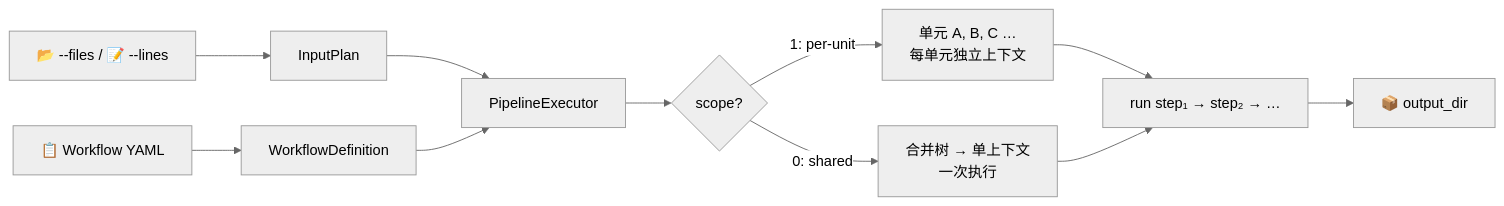
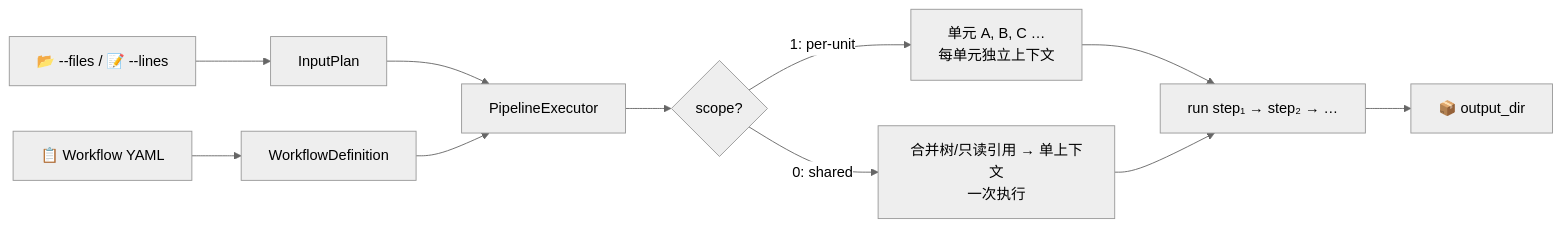
The first of 2 diagrams in README.md (yeraph-plus/aiya-shell-works), drawn with Mermaid (neutral theme) before and after one commit. The commit also changed other lines of this file and 39 other files, not shown here.

````diff
--- a/README.md
+++ b/README.md
@@ -5,13 +5,13 @@
 ```mermaid
 flowchart LR
     A["📂 --files / 📝 --lines"] --> B[InputPlan]
     C[📋 Workflow YAML] --> D[WorkflowDefinition]
     B --> E[PipelineExecutor]
     D --> E
     E --> F{scope?}
     F -->|1: per-unit| G["单元 A, B, C …<br/>每单元独立上下文"]
-    F -->|0: shared| H["合并树 → 单上下文<br/>一次执行"]
+    F -->|0: shared| H["合并树/只读引用 → 单上下文<br/>一次执行"]
     G --> I[run step₁ → step₂ → …]
     H --> I
     I --> J[📦 output_dir]
 ```
````
